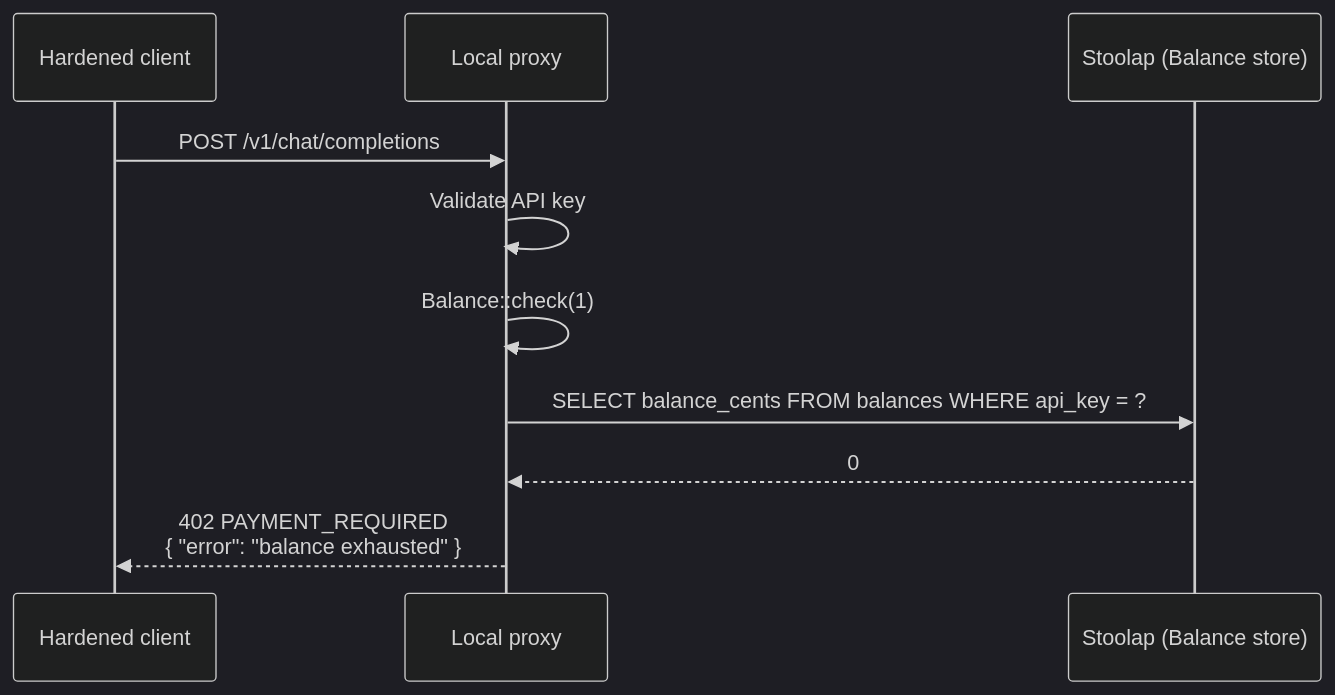
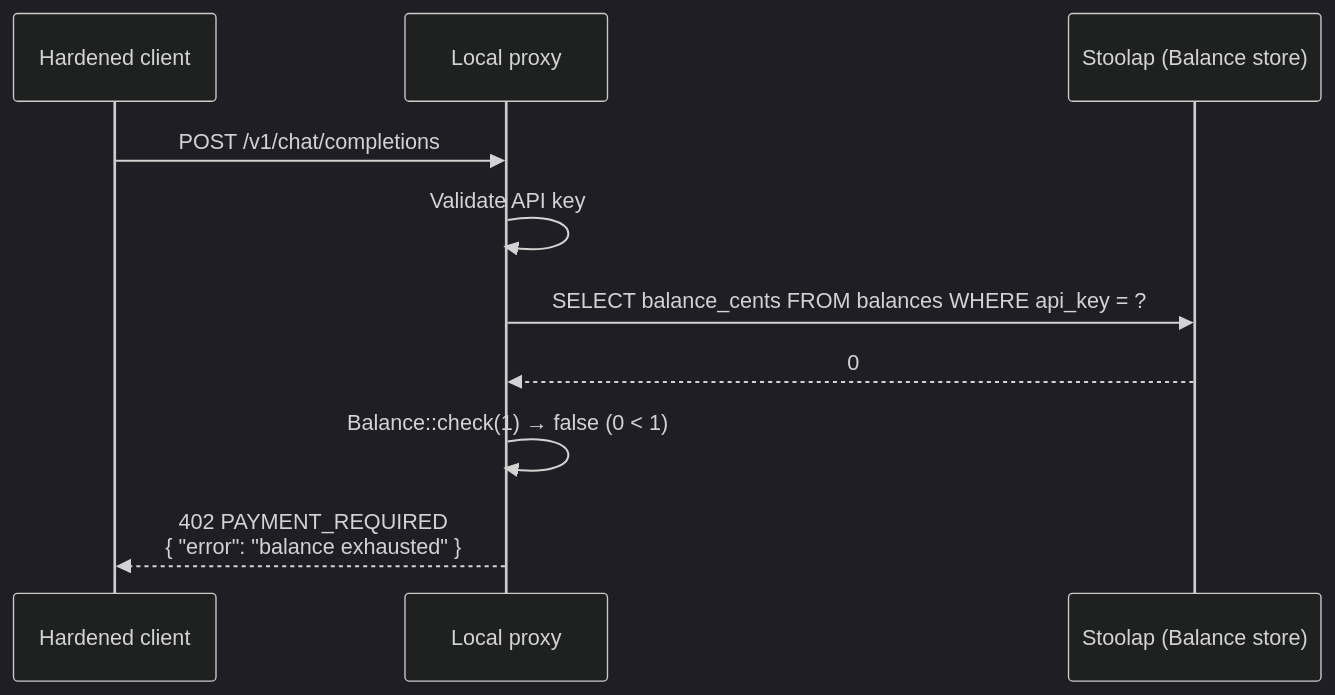
Before and after one commit to CipherOcto/cipherocto: the fourth of 14 diagrams in docs/architecture/end-to-end-scenarios.md, drawn with Mermaid (dark theme). The commit also changed other lines of this file, not shown here.

````diff
--- a/docs/architecture/end-to-end-scenarios.md
+++ b/docs/architecture/end-to-end-scenarios.md
@@ -174,13 +199,13 @@
 ```mermaid
 sequenceDiagram
     participant C as Hardened client
     participant P as Local proxy
     participant ST as Stoolap (Balance store)
 
     C->>P: POST /v1/chat/completions
     P->>P: Validate API key
-    P->>P: Balance::check(1)
     P->>ST: SELECT balance_cents FROM balances WHERE api_key = ?
     ST-->>P: 0
+    P->>P: Balance::check(1) → false (0 < 1)
     P-->>C: 402 PAYMENT_REQUIRED<br/>{ "error": "balance exhausted" }
 ```
````
